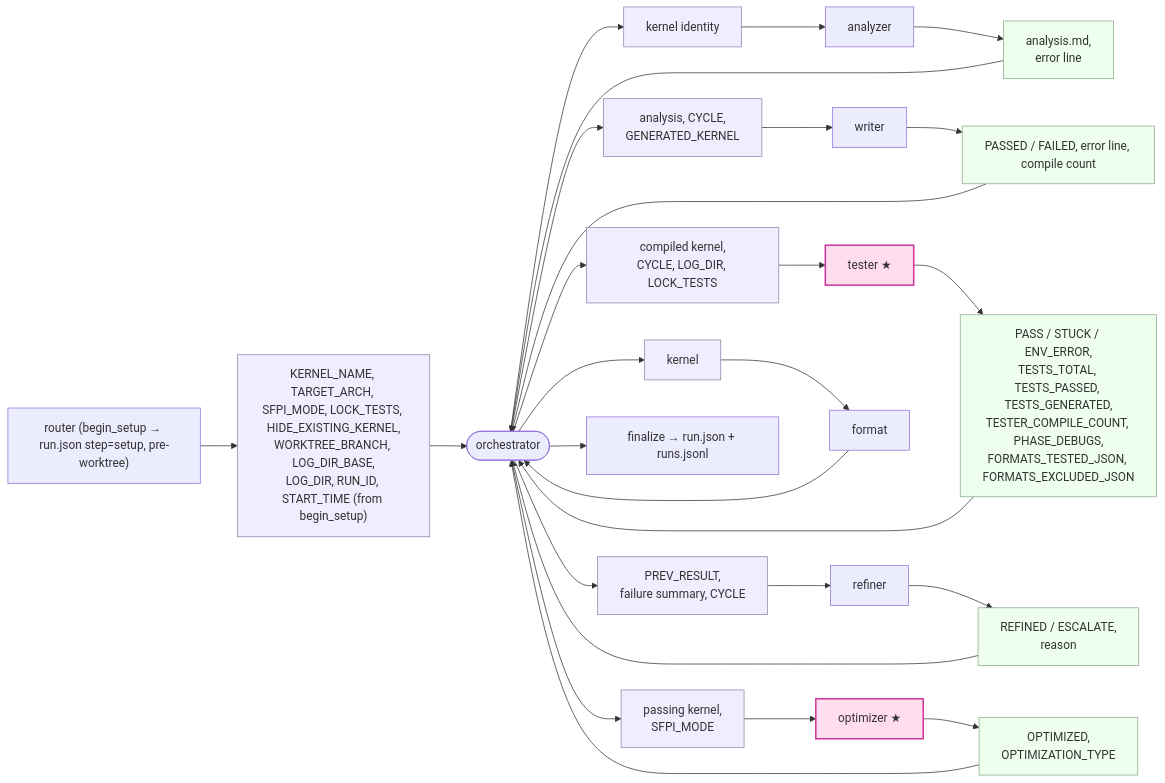
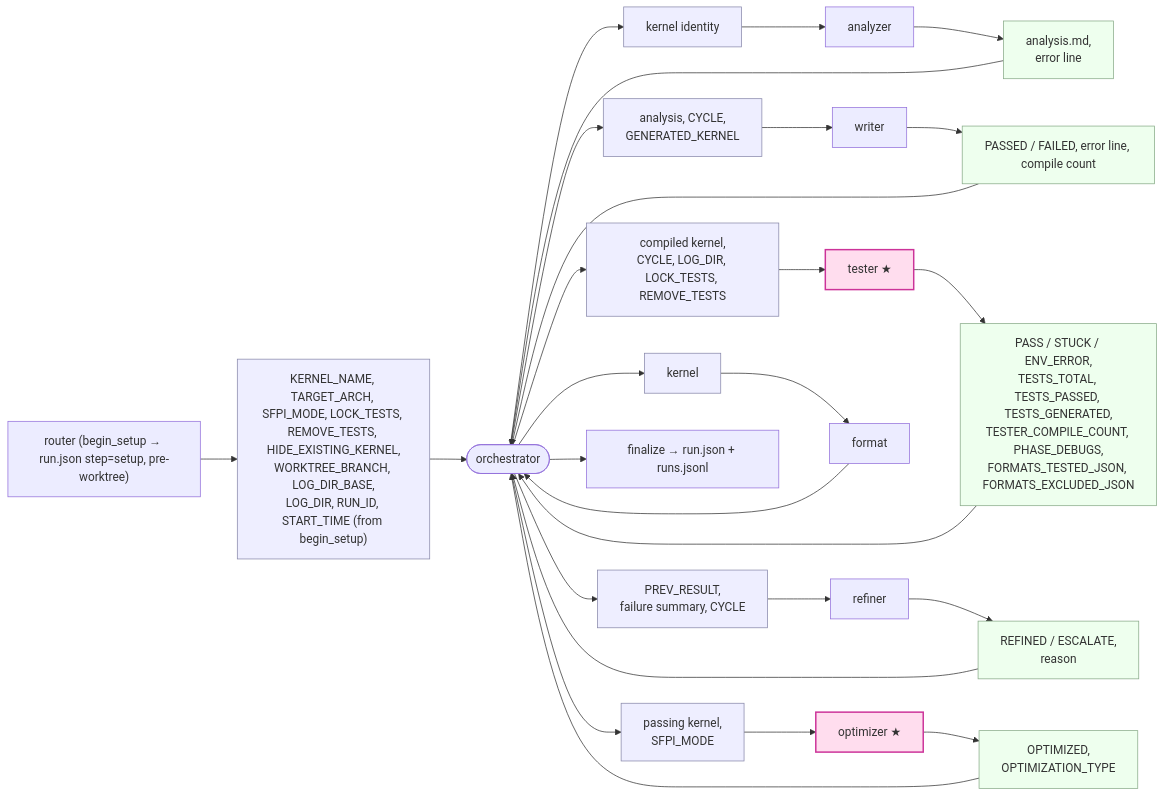
The first of 2 diagrams in tt_metal/tt-llk/codegen/references/state_contract.md (tenstorrent/tt-metal), drawn with Mermaid before and after one commit. The commit also changed other lines of this file and 6 other files, not shown here.

````diff
--- a/tt_metal/tt-llk/codegen/references/state_contract.md
+++ b/tt_metal/tt-llk/codegen/references/state_contract.md
@@ -12,20 +13,20 @@
 ```mermaid
 flowchart LR
-  ROUTER["router (begin_setup → run.json step=setup, pre-worktree)"] --> RB["KERNEL_NAME, TARGET_ARCH, SFPI_MODE, LOCK_TESTS, HIDE_EXISTING_KERNEL,<br/>WORKTREE_BRANCH, LOG_DIR_BASE,<br/>LOG_DIR, RUN_ID, START_TIME (from begin_setup)"] --> ORCH(["orchestrator"])
+  ROUTER["router (begin_setup → run.json step=setup, pre-worktree)"] --> RB["KERNEL_NAME, TARGET_ARCH, SFPI_MODE, LOCK_TESTS, REMOVE_TESTS, HIDE_EXISTING_KERNEL,<br/>WORKTREE_BRANCH, LOG_DIR_BASE,<br/>LOG_DIR, RUN_ID, START_TIME (from begin_setup)"] --> ORCH(["orchestrator"])
 
   ORCH --> aI["kernel identity"] --> ANA["analyzer"] --> aO["analysis.md,<br/>error line"] --> ORCH
   ORCH --> wI["analysis, CYCLE,<br/>GENERATED_KERNEL"] --> WR["writer"] --> wO["PASSED / FAILED, error line, compile count"] --> ORCH
-  ORCH --> tI["compiled kernel,<br/>CYCLE, LOG_DIR, LOCK_TESTS"] --> TST["tester ★"] --> tO["PASS / STUCK / ENV_ERROR,<br/>TESTS_TOTAL, TESTS_PASSED, TESTS_GENERATED,<br/>TESTER_COMPILE_COUNT, PHASE_DEBUGS,<br/>FORMATS_TESTED_JSON, FORMATS_EXCLUDED_JSON"] --> ORCH
+  ORCH --> tI["compiled kernel,<br/>CYCLE, LOG_DIR, LOCK_TESTS, REMOVE_TESTS"] --> TST["tester ★"] --> tO["PASS / STUCK / ENV_ERROR,<br/>TESTS_TOTAL, TESTS_PASSED, TESTS_GENERATED,<br/>TESTER_COMPILE_COUNT, PHASE_DEBUGS,<br/>FORMATS_TESTED_JSON, FORMATS_EXCLUDED_JSON"] --> ORCH
   ORCH --> rI["PREV_RESULT,<br/>failure summary, CYCLE"] --> RE["refiner"] --> rO["REFINED / ESCALATE,<br/>reason"] --> ORCH
   ORCH --> oI["passing kernel,<br/>SFPI_MODE"] --> OP["optimizer ★"] --> oO["OPTIMIZED,<br/>OPTIMIZATION_TYPE"] --> ORCH
   ORCH --> fI["kernel"] --> FM["format"] --> ORCH
 
   ORCH --> FIN["finalize → run.json + runs.jsonl"]
 
   classDef inb fill:#eef,stroke:#88a;
   classDef outb fill:#efe,stroke:#8a8;
   classDef star fill:#fde,stroke:#c39,stroke-width:2px;
   class RB,aI,wI,tI,rI,oI,fI inb;
   class aO,wO,tO,rO,oO outb;
   class TST,OP star;
 ```
````
